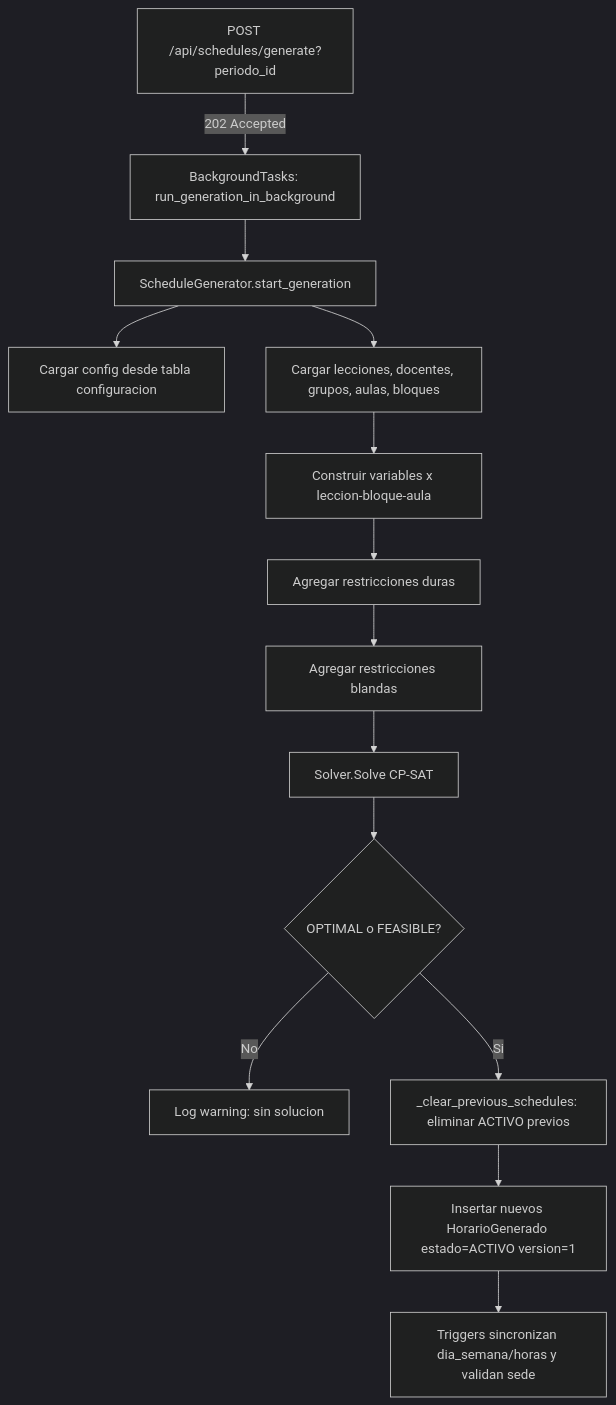
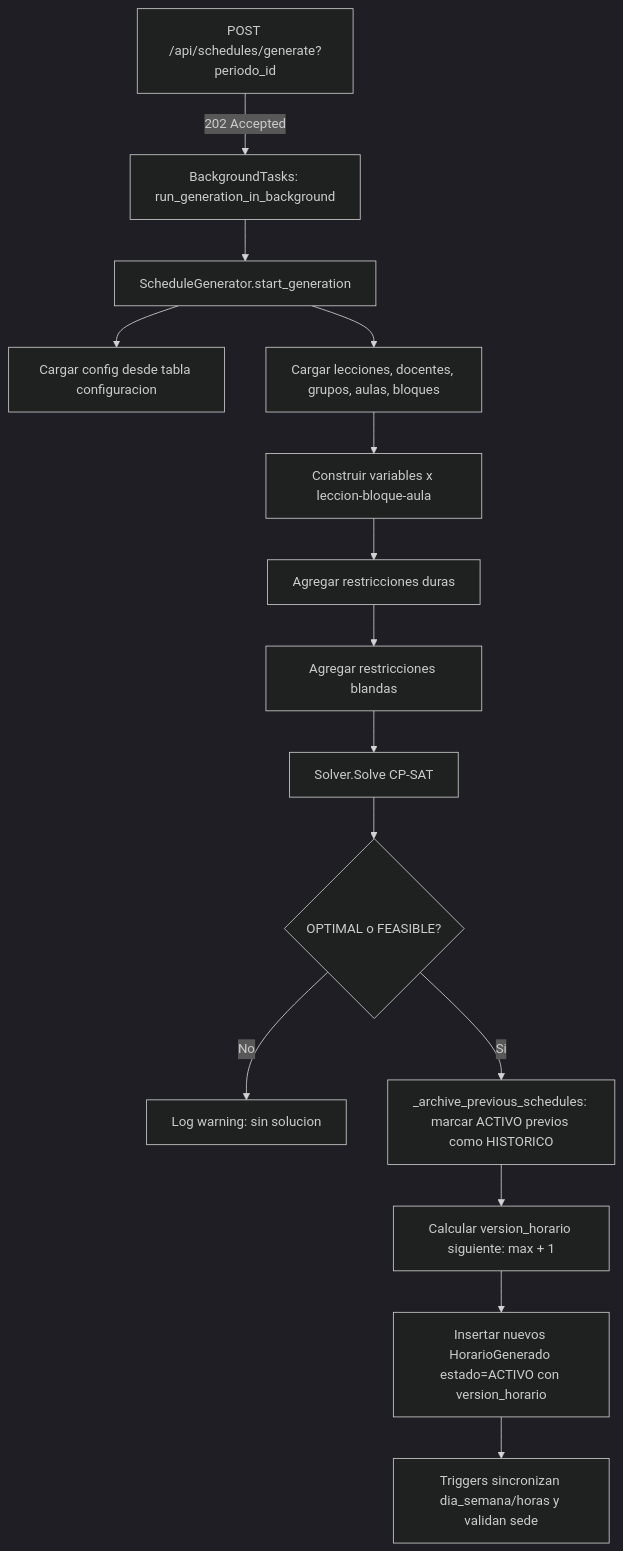
The fifth of 6 diagrams in SDD.md (Ozsourcecode19/UPT_horarios), drawn with Mermaid (dark theme) before and after one commit. The commit also changed other lines of this file and 10 other files, not shown here.

First line of the commit message:
E4: control de versiones del horario (archivado HISTORICO + restore)

````diff
--- a/SDD.md
+++ b/SDD.md
@@ -422,16 +426,17 @@
 ```mermaid
 flowchart TD
     A[POST /api/schedules/generate?periodo_id] -->|202 Accepted| B[BackgroundTasks: run_generation_in_background]
     B --> C[ScheduleGenerator.start_generation]
     C --> D[Cargar config desde tabla configuracion]
     C --> E[Cargar lecciones, docentes, grupos, aulas, bloques]
     E --> F[Construir variables x leccion-bloque-aula]
     F --> G[Agregar restricciones duras]
     G --> H[Agregar restricciones blandas]
     H --> I[Solver.Solve CP-SAT]
     I --> J{OPTIMAL o FEASIBLE?}
     J -- No --> K[Log warning: sin solucion]
-    J -- Si --> L[_clear_previous_schedules: eliminar ACTIVO previos]
-    L --> M[Insertar nuevos HorarioGenerado estado=ACTIVO version=1]
-    M --> N[Triggers sincronizan dia_semana/horas y validan sede]
+    J -- Si --> L[_archive_previous_schedules: marcar ACTIVO previos como HISTORICO]
+    L --> M[Calcular version_horario siguiente: max + 1]
+    M --> N[Insertar nuevos HorarioGenerado estado=ACTIVO con version_horario]
+    N --> O[Triggers sincronizan dia_semana/horas y validan sede]
 ```
````
